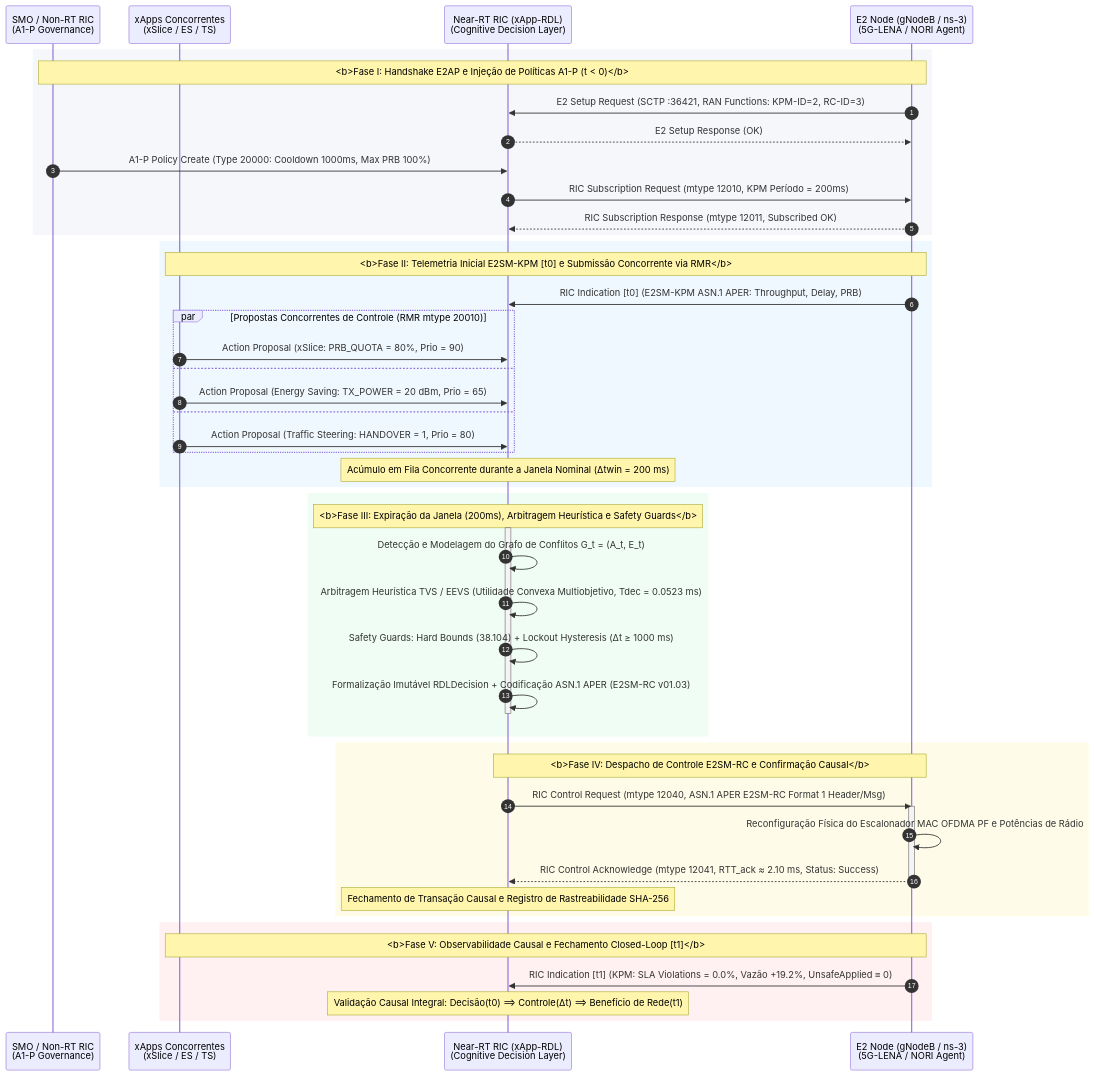
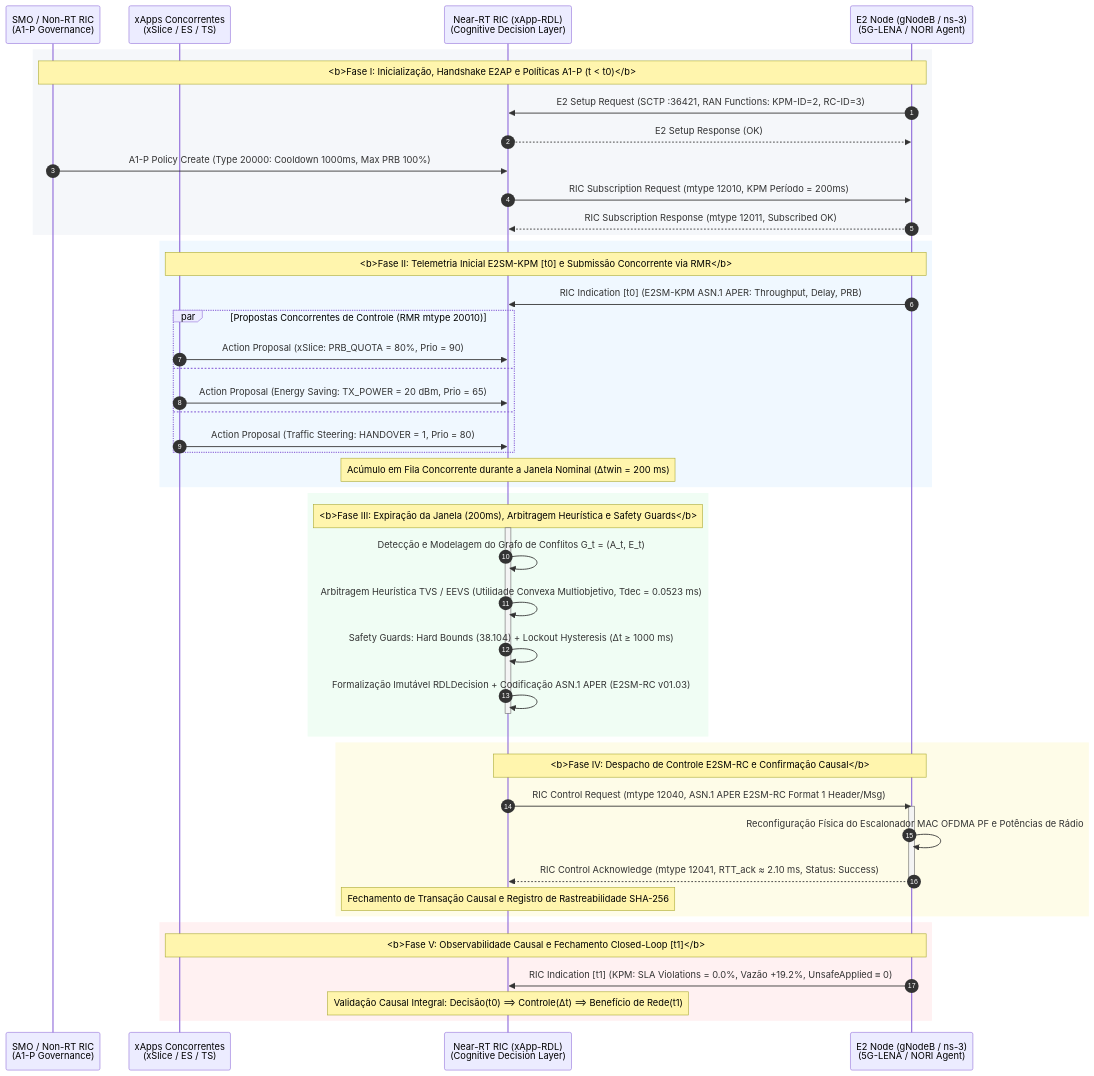
The diagram in docs/figures/diagrama_sequencia_compacto_dissertacao.mermaid (georgebarbosa3090/XApp-RDL-F1), drawn with Mermaid before and after one commit. The commit also changed 5 other files, not shown here.

Commit message:
docs: adicionar relatorio tecnico xslice e energy-saver F1/F2 e alinhar diagramas com A1-P

```diff
--- a/docs/figures/diagrama_sequencia_compacto_dissertacao.mermaid
+++ b/docs/figures/diagrama_sequencia_compacto_dissertacao.mermaid
@@ -1,79 +1,79 @@
 %% ==============================================================================
 %% Diagrama de Sequência Compacto para Dissertação de Mestrado (PPGC/UFPA)
 %% Obra: H-RDL: Governança Determinística e Mitigação de Conflitos no Near-RT RIC
 %% Autor: George Alexandro Ferreira Barbosa | Orientador: Prof. Dr. André Riker
 %% Padrão Visual: Clean Architecture / O-RAN Alliance / Light Academic Theme
 %% ==============================================================================
 
 sequenceDiagram
     autonumber
     
     %% DEFINIÇÃO DAS MACRO-ENTIDADES CANÔNICAS (4 Lifelines para caber em A4 Retrato)
     participant SMO as SMO / Non-RT RIC<br/>(A1-P Governance)
     participant XAPPS as xApps Concorrentes<br/>(xSlice / ES / TS)
     participant RDL as Near-RT RIC (xApp-RDL)<br/>(Cognitive Decision Layer)
     participant RAN as E2 Node (gNodeB / ns-3)<br/>(5G-LENA / NORI Agent)
 
     %% -------------------------------------------------------------------------
-    %% FASE I: INICIALIZAÇÃO, HANDSHAKE E2AP E POLÍTICAS A1-P
+    %% FASE I: INICIALIZAÇÃO, HANDSHAKE E2AP E POLÍTICAS A1-P (t < t0)
     %% -------------------------------------------------------------------------
     rect rgb(245, 247, 250)
-        Note over SMO,RAN: <b>Fase I: Handshake E2AP e Injeção de Políticas A1-P (t < 0)</b>
+        Note over SMO,RAN: <b>Fase I: Inicialização, Handshake E2AP e Políticas A1-P (t < t0)</b>
         RAN->>RDL: E2 Setup Request (SCTP :36421, RAN Functions: KPM-ID=2, RC-ID=3)
         RDL-->>RAN: E2 Setup Response (OK)
         SMO->>RDL: A1-P Policy Create (Type 20000: Cooldown 1000ms, Max PRB 100%)
         RDL->>RAN: RIC Subscription Request (mtype 12010, KPM Período = 200ms)
         RAN-->>RDL: RIC Subscription Response (mtype 12011, Subscribed OK)
     end
 
     %% -------------------------------------------------------------------------
     %% FASE II: INGESTÃO DE TELEMETRIA E SUBMISSÃO CONCORRENTE DE PROPOSTAS
     %% -------------------------------------------------------------------------
     rect rgb(240, 248, 255)
         Note over XAPPS,RAN: <b>Fase II: Telemetria Inicial E2SM-KPM [t0] e Submissão Concorrente via RMR</b>
         RAN->>RDL: RIC Indication [t0] (E2SM-KPM ASN.1 APER: Throughput, Delay, PRB)
         
         par Propostas Concorrentes de Controle (RMR mtype 20010)
             XAPPS->>RDL: Action Proposal (xSlice: PRB_QUOTA = 80%, Prio = 90)
         and
             XAPPS->>RDL: Action Proposal (Energy Saving: TX_POWER = 20 dBm, Prio = 65)
         and
             XAPPS->>RDL: Action Proposal (Traffic Steering: HANDOVER = 1, Prio = 80)
         end
         Note over RDL: Acúmulo em Fila Concorrente durante a Janela Nominal (Δtwin = 200 ms)
     end
 
     %% -------------------------------------------------------------------------
     %% FASE III: EXPIRAÇÃO DA JANELA, ARBITRAGEM HEURÍSTICA E SAFETY GUARDS
     %% -------------------------------------------------------------------------
     rect rgb(240, 253, 244)
         Note over RDL: <b>Fase III: Expiração da Janela (200ms), Arbitragem Heurística e Safety Guards</b>
         activate RDL
         RDL->>RDL: Detecção e Modelagem do Grafo de Conflitos G_t = (A_t, E_t)
         RDL->>RDL: Arbitragem Heurística TVS / EEVS (Utilidade Convexa Multiobjetivo, Tdec = 0.0523 ms)
         RDL->>RDL: Safety Guards: Hard Bounds (38.104) + Lockout Hysteresis (Δt ≥ 1000 ms)
         RDL->>RDL: Formalização Imutável RDLDecision + Codificação ASN.1 APER (E2SM-RC v01.03)
         deactivate RDL
     end
 
     %% -------------------------------------------------------------------------
     %% FASE IV: DESPACHO E2SM-RC, RECONFIGURAÇÃO FÍSICA E ACKNOWLEDGE
     %% -------------------------------------------------------------------------
     rect rgb(254, 252, 232)
         Note over RDL,RAN: <b>Fase IV: Despacho de Controle E2SM-RC e Confirmação Causal</b>
         RDL->>RAN: RIC Control Request (mtype 12040, ASN.1 APER E2SM-RC Format 1 Header/Msg)
         activate RAN
         RAN->>RAN: Reconfiguração Física do Escalonador MAC OFDMA PF e Potências de Rádio
         RAN-->>RDL: RIC Control Acknowledge (mtype 12041, RTT_ack ≈ 2.10 ms, Status: Success)
         deactivate RAN
         Note over RDL: Fechamento de Transação Causal e Registro de Rastreabilidade SHA-256
     end
 
     %% -------------------------------------------------------------------------
     %% FASE V: FEEDBACK CAUSAL E FECHAMENTO DO CIRCUITO FECHADO [t1]
     %% -------------------------------------------------------------------------
     rect rgb(255, 241, 242)
         Note over XAPPS,RAN: <b>Fase V: Observabilidade Causal e Fechamento Closed-Loop [t1]</b>
         RAN->>RDL: RIC Indication [t1] (KPM: SLA Violations = 0.0%, Vazão +19.2%, UnsafeApplied ≡ 0)
         Note over RDL: Validação Causal Integral: Decisão(t0) ⟹ Controle(Δt) ⟹ Benefício de Rede(t1)
     end
```
